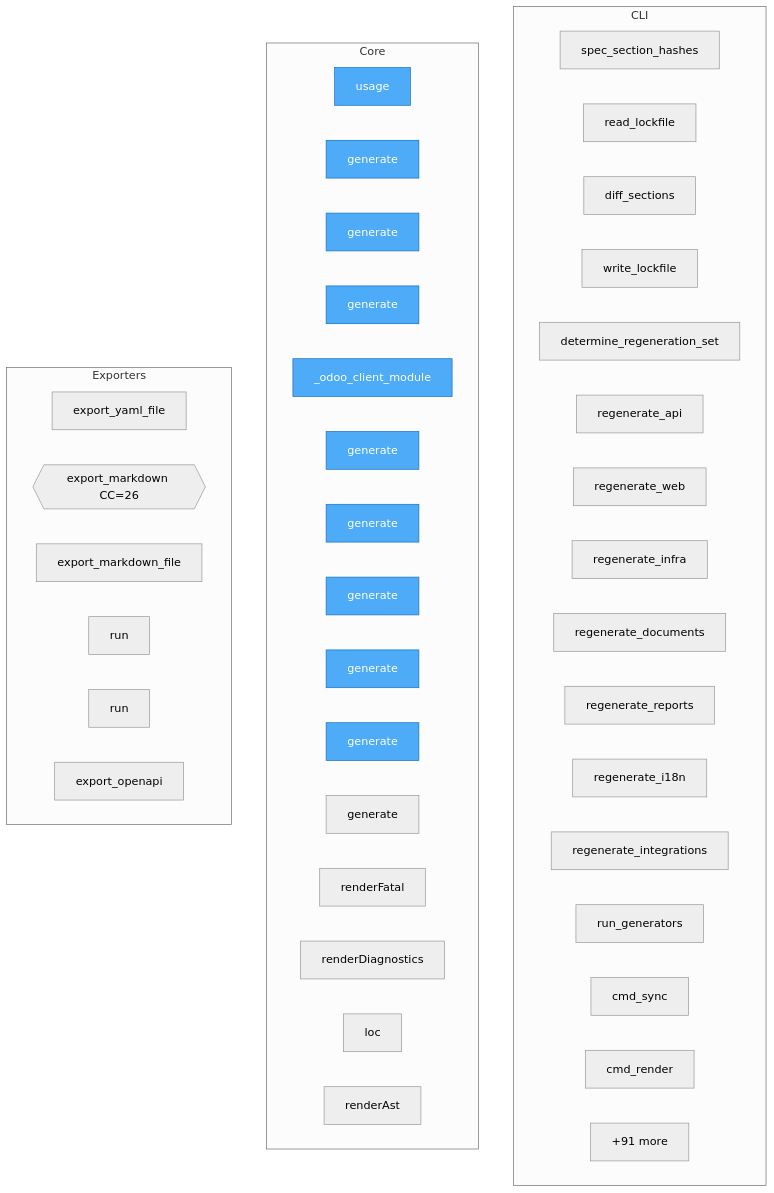
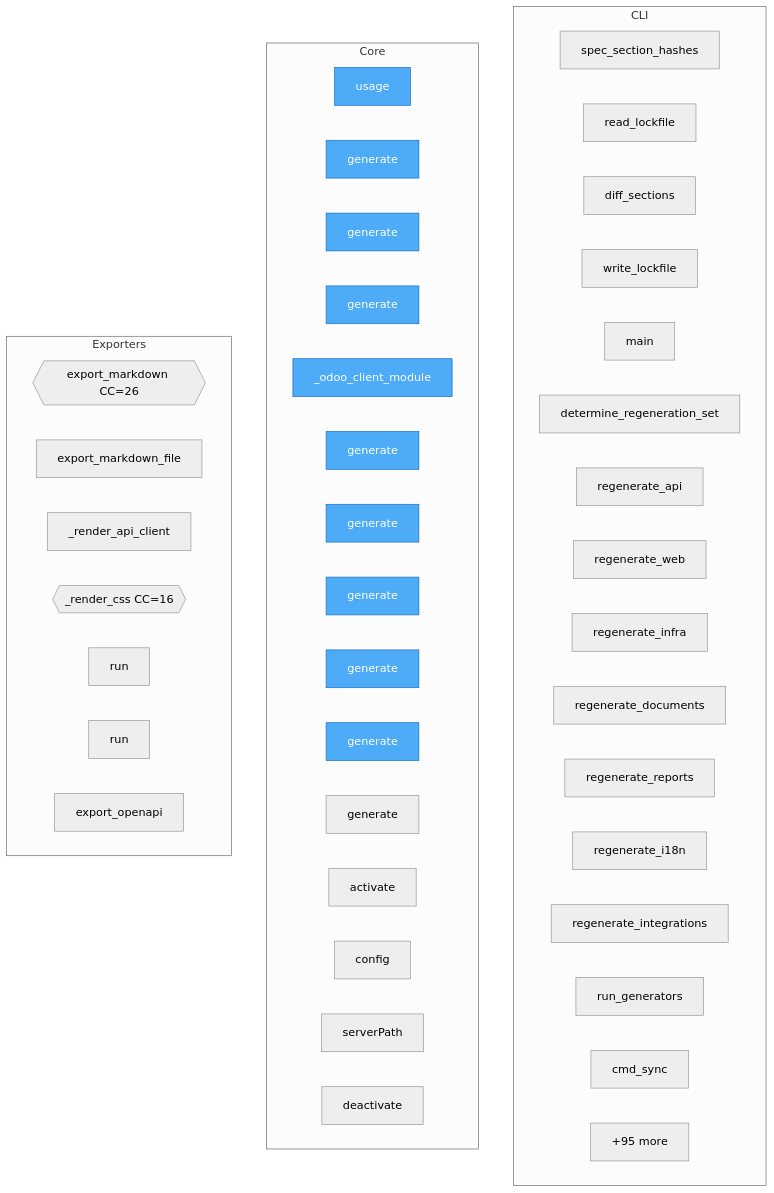
The diagram in project/flow.mmd (oqlos/doql), drawn with Mermaid (neutral theme) before and after one commit. The commit also changed 258 other files, not shown here.

```diff
--- a/project/flow.mmd
+++ b/project/flow.mmd
@@ -1,53 +1,54 @@
 flowchart TD
 
     %% Entry points (blue)
     classDef entry fill:#4dabf7,stroke:#1971c2,color:#fff
 
     subgraph CLI
         doql__cli__lockfile__spec_section_hashes["spec_section_hashes"]
         doql__cli__lockfile__read_lockfile["read_lockfile"]
         doql__cli__lockfile__diff_sections["diff_sections"]
         doql__cli__lockfile__write_lockfile["write_lockfile"]
+        doql__cli__main__main["main"]
         doql__cli__sync__determine_regeneration_set["determine_regeneration_set"]
         doql__cli__sync__regenerate_api["regenerate_api"]
         doql__cli__sync__regenerate_web["regenerate_web"]
         doql__cli__sync__regenerate_infra["regenerate_infra"]
         doql__cli__sync__regenerate_documents["regenerate_documents"]
         doql__cli__sync__regenerate_reports["regenerate_reports"]
         doql__cli__sync__regenerate_i18n["regenerate_i18n"]
         doql__cli__sync__regenerate_integrations["regenerate_integrations"]
         doql__cli__sync__run_generators["run_generators"]
         doql__cli__sync__cmd_sync["cmd_sync"]
-        doql__cli__commands__render__cmd_render["cmd_render"]
-        ...["+25 more"]
+        ...["+26 more"]
     end
 
     subgraph Core
         doql__usage["usage"]
-        plugins__doql_plugin_fleet__doql_plugin_fleet__generate["generate"]
         plugins__doql_plugin_gxp__doql_plugin_gxp__generate["generate"]
         plugins__doql_plugin_iso17025__doql_plugin_iso17025__traceability__generate["generate"]
+        plugins__doql_plugin_iso17025__doql_plugin_iso17025__certificate__generate["generate"]
         plugins__doql_plugin_erp__doql_plugin_erp___odoo_client_module["_odoo_client_module"]
         plugins__doql_plugin_erp__doql_plugin_erp__generate["generate"]
-        plugins__doql_plugin_iso17025__doql_plugin_iso17025__certificate__generate["generate"]
+        plugins__doql_plugin_fleet__doql_plugin_fleet__generate["generate"]
+        plugins__doql_plugin_iso17025__doql_plugin_iso17025__generate["generate"]
         plugins__doql_plugin_iso17025__doql_plugin_iso17025__migration__generate["generate"]
         plugins__doql_plugin_iso17025__doql_plugin_iso17025__uncertainty__generate["generate"]
-        plugins__doql_plugin_iso17025__doql_plugin_iso17025__generate["generate"]
         plugins__doql_plugin_iso17025__doql_plugin_iso17025__drift_monitor__generate["generate"]
-        playground__renderers__renderFatal["renderFatal"]
-        playground__renderers__renderDiagnostics["renderDiagnostics"]
-        playground__renderers__loc["loc"]
-        playground__renderers__renderAst["renderAst"]
-        ...["+91 more"]
+        vscode_doql__src__extension__activate["activate"]
+        vscode_doql__src__extension__config["config"]
+        vscode_doql__src__extension__serverPath["serverPath"]
+        vscode_doql__src__extension__deactivate["deactivate"]
+        ...["+95 more"]
     end
 
     subgraph Exporters
-        doql__exporters__yaml_exporter__export_yaml_file["export_yaml_file"]
         doql__exporters__markdown_exporter__export_markdown{{export_markdown CC=26}}
         doql__exporters__markdown_exporter__export_markdown_file["export_markdown_file"]
+        doql__exporters__css_exporter___render_api_client["_render_api_client"]
+        doql__exporters__css_exporter___render_css{{_render_css CC=16}}
         doql__generators__export_postman__run["run"]
         doql__generators__export_ts_sdk__run["run"]
         doql__generators__api_gen__export_openapi["export_openapi"]
     end
 
-    class doql__usage,plugins__doql_plugin_fleet__doql_plugin_fleet__generate,plugins__doql_plugin_gxp__doql_plugin_gxp__generate,plugins__doql_plugin_iso17025__doql_plugin_iso17025__traceability__generate,plugins__doql_plugin_erp__doql_plugin_erp___odoo_client_module,plugins__doql_plugin_erp__doql_plugin_erp__generate,plugins__doql_plugin_iso17025__doql_plugin_iso17025__certificate__generate,plugins__doql_plugin_iso17025__doql_plugin_iso17025__migration__generate,plugins__doql_plugin_iso17025__doql_plugin_iso17025__uncertainty__generate,plugins__doql_plugin_iso17025__doql_plugin_iso17025__generate entry
+    class doql__usage,plugins__doql_plugin_gxp__doql_plugin_gxp__generate,plugins__doql_plugin_iso17025__doql_plugin_iso17025__traceability__generate,plugins__doql_plugin_iso17025__doql_plugin_iso17025__certificate__generate,plugins__doql_plugin_erp__doql_plugin_erp___odoo_client_module,plugins__doql_plugin_erp__doql_plugin_erp__generate,plugins__doql_plugin_fleet__doql_plugin_fleet__generate,plugins__doql_plugin_iso17025__doql_plugin_iso17025__generate,plugins__doql_plugin_iso17025__doql_plugin_iso17025__migration__generate,plugins__doql_plugin_iso17025__doql_plugin_iso17025__uncertainty__generate entry
```
